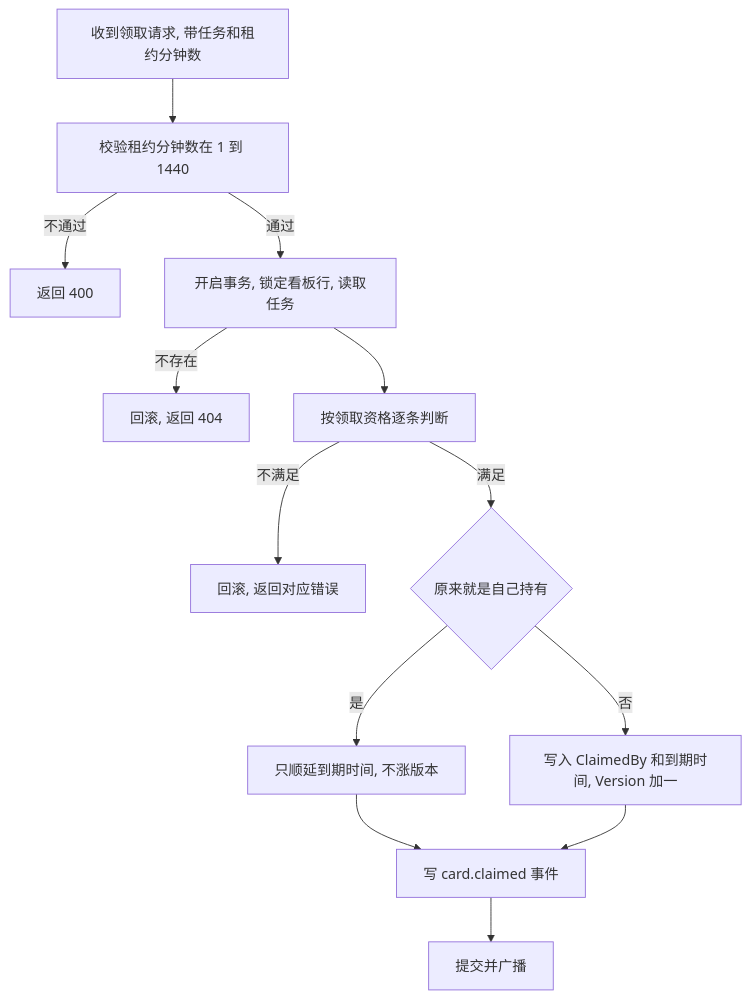
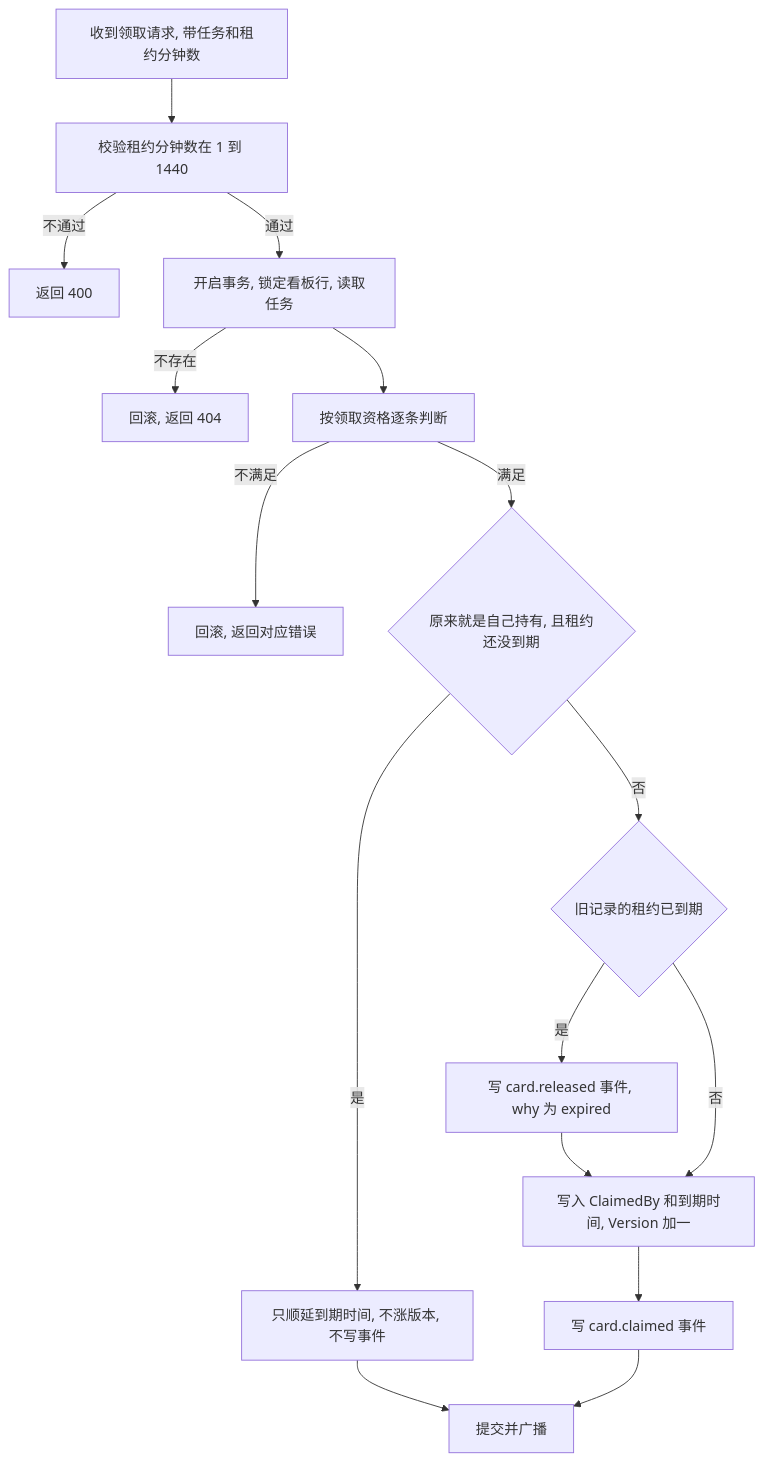
The second of 5 diagrams in .cursor/scopes/kanban.claim.go.md (ixugo/slate-kanban), drawn with Mermaid before and after one commit. The commit also changed other lines of this file and 19 other files, not shown here.

````diff
--- a/.cursor/scopes/kanban.claim.go.md
+++ b/.cursor/scopes/kanban.claim.go.md
@@ -72,15 +75,18 @@
 ```mermaid
 flowchart TD
     A[收到领取请求, 带任务和租约分钟数] --> B[校验租约分钟数在 1 到 1440]
     B -->|不通过| Z1[返回 400]
     B -->|通过| C[开启事务, 锁定看板行, 读取任务]
     C -->|不存在| Z2[回滚, 返回 404]
     C --> D[按领取资格逐条判断]
     D -->|不满足| Z3[回滚, 返回对应错误]
-    D -->|满足| E{原来就是自己持有}
-    E -->|是| F[只顺延到期时间, 不涨版本]
-    E -->|否| G[写入 ClaimedBy 和到期时间, Version 加一]
-    F --> H[写 card.claimed 事件]
-    G --> H
-    H --> I[提交并广播]
+    D -->|满足| E{原来就是自己持有, 且租约还没到期}
+    E -->|是| F[只顺延到期时间, 不涨版本, 不写事件]
+    E -->|否| E2{旧记录的租约已到期}
+    E2 -->|是| E3[写 card.released 事件, why 为 expired]
+    E3 --> G[写入 ClaimedBy 和到期时间, Version 加一]
+    E2 -->|否| G
+    G --> H[写 card.claimed 事件]
+    F --> I[提交并广播]
+    H --> I
 ```
````
